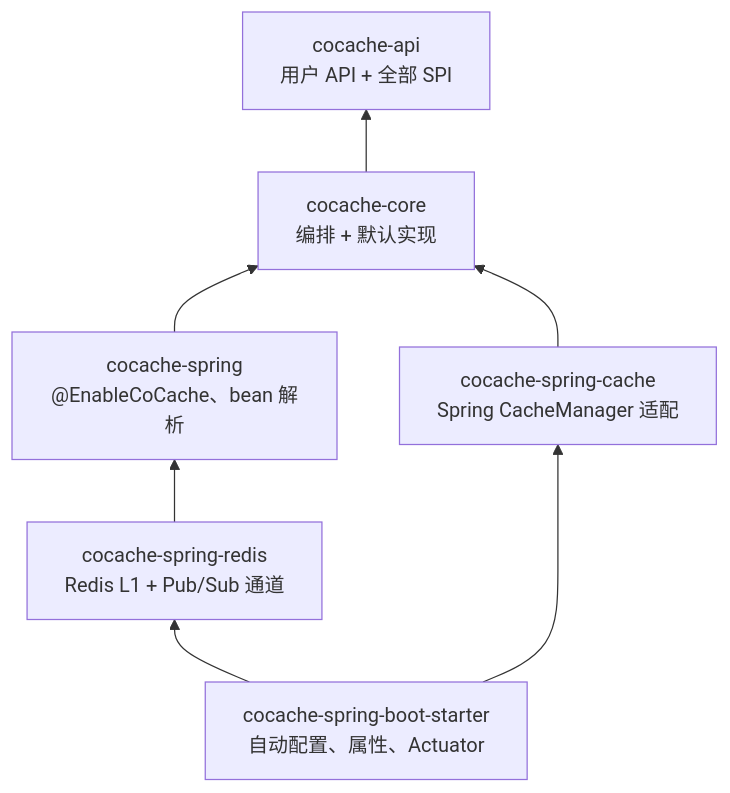
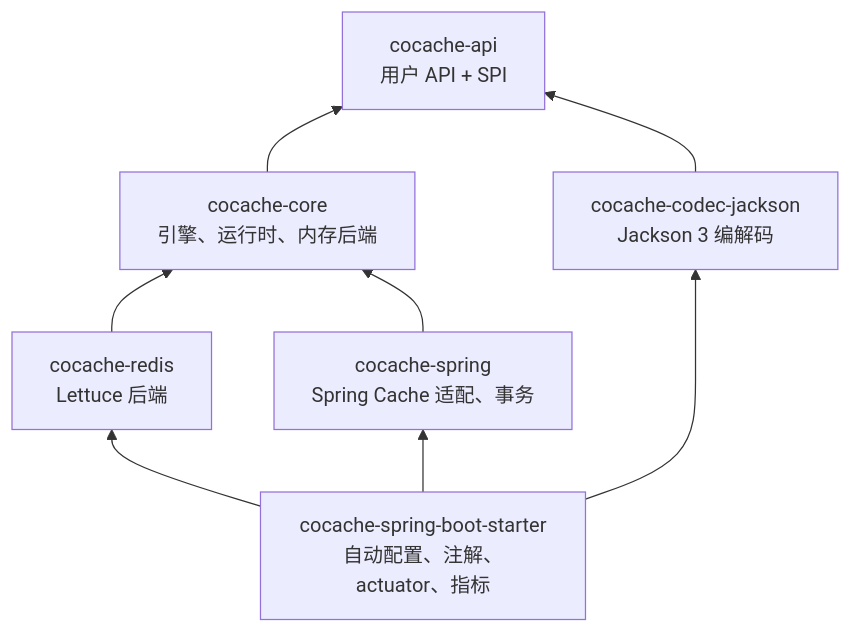
The first of 2 diagrams in wiki/zh/architecture/index.md (Ahoo-Wang/CoCache), drawn with Mermaid before and after one commit. The commit also changed other lines of this file and 23 other files, not shown here.

````diff
--- a/wiki/zh/architecture/index.md
+++ b/wiki/zh/architecture/index.md
@@ -24,15 +24,16 @@
 ```mermaid
 flowchart BT
-    api["cocache-api<br>用户 API + 全部 SPI"]
-    core["cocache-core<br>编排 + 默认实现"]
-    spring["cocache-spring<br>@EnableCoCache、bean 解析"]
-    redis["cocache-spring-redis<br>Redis L1 + Pub/Sub 通道"]
-    scache["cocache-spring-cache<br>Spring CacheManager 适配"]
-    starter["cocache-spring-boot-starter<br>自动配置、属性、Actuator"]
+    api["cocache-api<br>用户 API + SPI"]
+    core["cocache-core<br>引擎、运行时、内存后端"]
+    redis["cocache-redis<br>Lettuce 后端"]
+    jackson["cocache-codec-jackson<br>Jackson 3 编解码"]
+    spring["cocache-spring<br>Spring Cache 适配、事务"]
+    starter["cocache-spring-boot-starter<br>自动配置、注解、actuator、指标"]
     core --> api
+    redis --> core
+    jackson --> api
     spring --> core
-    redis --> spring
-    scache --> core
+    starter --> spring
     starter --> redis
-    starter --> scache
+    starter --> jackson
 ```
````
